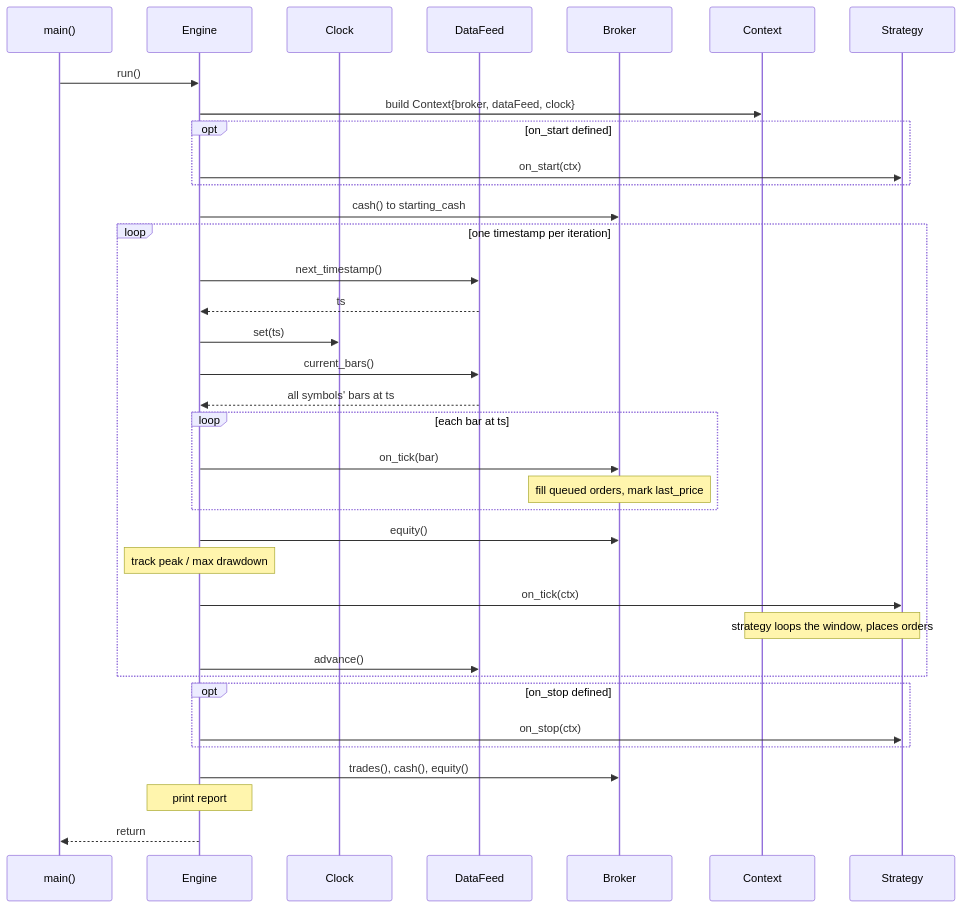
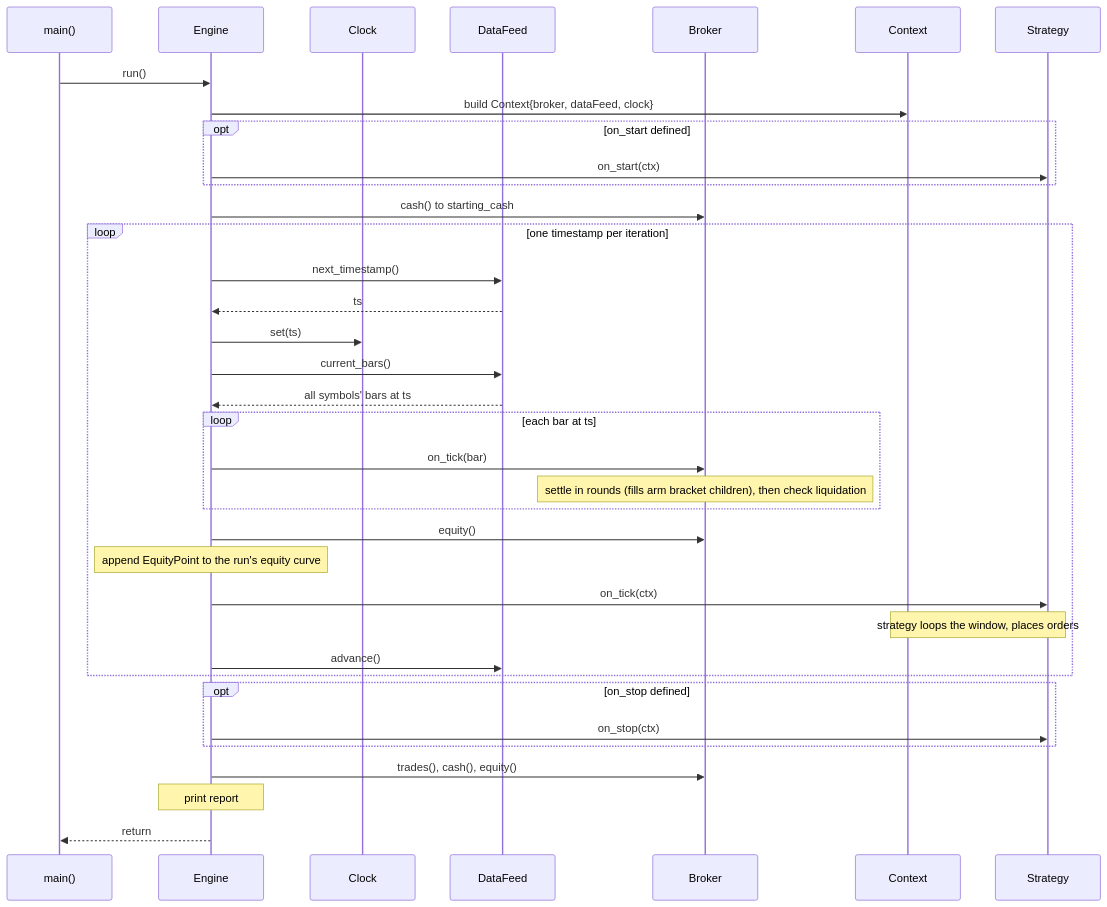
One commit to barberkman/stonks changed the fifth of 7 diagrams in docs/architecture.md. Above: the diagram before and after it, drawn with Mermaid. The commit also changed other lines of this file and 7 other files, not shown here.

First line of the commit message:
Document fees, brackets, and stop orders; add EMA50 equity-sizing test and audit tool

````diff
--- a/docs/architecture.md
+++ b/docs/architecture.md
@@ -245,41 +290,41 @@
 ```mermaid
 sequenceDiagram
     participant Main as main()
     participant E as Engine
     participant C as Clock
     participant F as DataFeed
     participant B as Broker
     participant Ctx as Context
     participant S as Strategy
 
     Main->>E: run()
     E->>Ctx: build Context{broker, dataFeed, clock}
     opt on_start defined
         E->>S: on_start(ctx)
     end
     E->>B: cash() to starting_cash
 
     loop one timestamp per iteration
         E->>F: next_timestamp()
         F-->>E: ts
         E->>C: set(ts)
         E->>F: current_bars()
         F-->>E: all symbols' bars at ts
         loop each bar at ts
             E->>B: on_tick(bar)
-            Note over B: fill queued orders, mark last_price
+            Note over B: settle in rounds (fills arm bracket children), then check liquidation
         end
         E->>B: equity()
-        Note over E: track peak / max drawdown
+        Note over E: append EquityPoint to the run's equity curve
         E->>S: on_tick(ctx)
         Note over S,Ctx: strategy loops the window, places orders
         E->>F: advance()
     end
 
     opt on_stop defined
         E->>S: on_stop(ctx)
     end
     E->>B: trades(), cash(), equity()
     Note over E: print report
     E-->>Main: return
 ```
````
